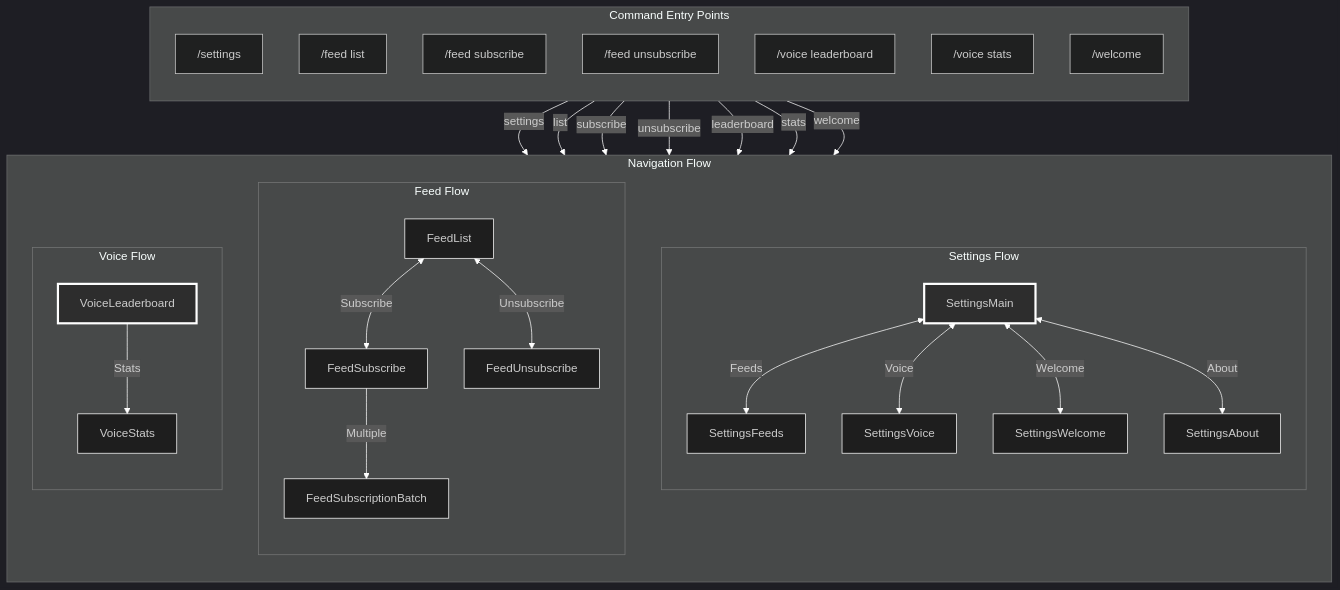
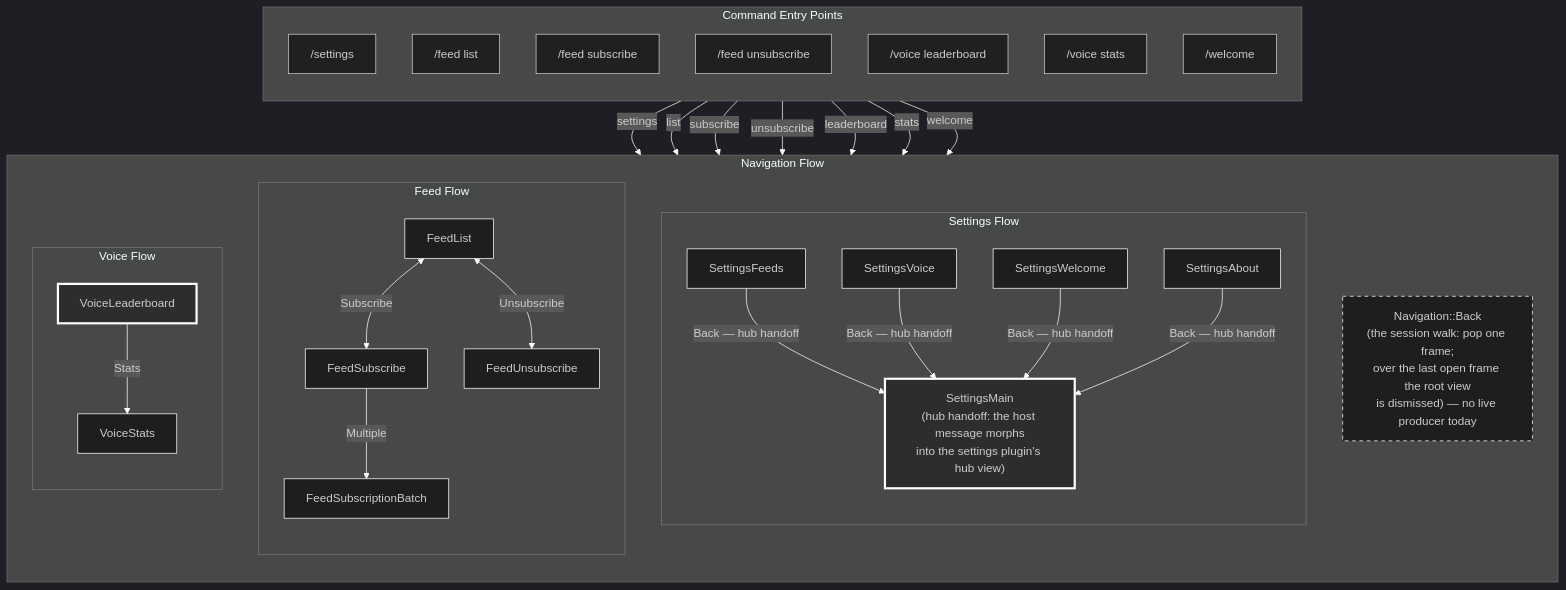
The diagram in docs/diagrams/view-routes.mmd (FAZuH/pwr-bot), drawn with Mermaid before and after one commit. The commit also changed 3 other files, not shown here.

First line of the commit message:
docs: record hub handoff and root dismissal semantics [skip ci]

```diff
--- a/docs/diagrams/view-routes.mmd
+++ b/docs/diagrams/view-routes.mmd
@@ -1,83 +1,86 @@
 %%{init: {
   'theme': 'dark',
   'themeVariables': {
     'primaryColor': '#1e1e1e',
     'primaryTextColor': '#ffffff',
     'primaryBorderColor': '#ffffff',
     'lineColor': '#ffffff',
     'secondaryColor': '#2d2d2d',
     'tertiaryColor': '#1e1e1e',
     'noteBkgColor': '#2d2d2d',
     'noteTextColor': '#ffffff',
     'noteBorderColor': '#ffffff'
   }
 }}%%
 graph TB
     subgraph Commands["Command Entry Points"]
         direction TB
         SettingsCmd["/settings"]
         FeedListCmd["/feed list"]
         FeedSubCmd["/feed subscribe"]
         FeedUnsubCmd["/feed unsubscribe"]
         VoiceLBCmd["/voice leaderboard"]
         VoiceStatsCmd["/voice stats"]
         WelcomeCmd["/welcome"]
     end
     
     subgraph Navigation["Navigation Flow"]
         direction TB
         
         subgraph SettingsFlow["Settings Flow"]
             direction TB
-            SettingsMain["SettingsMain"]
+            SettingsMain["SettingsMain<br/>(hub handoff: the host message morphs<br/>into the settings plugin's hub view)"]
             SettingsFeeds["SettingsFeeds"]
             SettingsVoice["SettingsVoice"]
             SettingsWelcome["SettingsWelcome"]
             SettingsAbout["SettingsAbout"]
-            
-            SettingsMain <-->|Feeds| SettingsFeeds
-            SettingsMain <-->|Voice| SettingsVoice
-            SettingsMain <-->|Welcome| SettingsWelcome
-            SettingsMain <-->|About| SettingsAbout
+
+            SettingsFeeds -->|"Back — hub handoff"| SettingsMain
+            SettingsVoice -->|"Back — hub handoff"| SettingsMain
+            SettingsWelcome -->|"Back — hub handoff"| SettingsMain
+            SettingsAbout -->|"Back — hub handoff"| SettingsMain
         end
         
         subgraph FeedFlow["Feed Flow"]
             direction TB
             FeedList["FeedList"]
             FeedSubscribe["FeedSubscribe"]
             FeedUnsubscribe["FeedUnsubscribe"]
             FeedBatch["FeedSubscriptionBatch"]
             
             FeedList <-->|Subscribe| FeedSubscribe
             FeedList <-->|Unsubscribe| FeedUnsubscribe
             FeedSubscribe -->|Multiple| FeedBatch
         end
         
         subgraph VoiceFlow["Voice Flow"]
             direction TB
             VoiceLeaderboard["VoiceLeaderboard"]
             VoiceStats["VoiceStats"]
             
             VoiceLeaderboard -->|Stats| VoiceStats
         end
+
+        Back["Navigation::Back<br/>(the session walk: pop one frame;<br/>over the last open frame the root view<br/>is dismissed) — no live producer today"]
     end
     
     Commands -->|settings| SettingsMain
     Commands -->|list| FeedList
     Commands -->|subscribe| FeedSubscribe
     Commands -->|unsubscribe| FeedUnsubscribe
     Commands -->|leaderboard| VoiceLeaderboard
     Commands -->|stats| VoiceStats
     Commands -->|welcome| SettingsWelcome
     
     style SettingsMain fill:#2d2d2d,stroke:#ffffff,stroke-width:3px
     style SettingsFeeds fill:#1e1e1e,stroke:#ffffff
     style SettingsVoice fill:#1e1e1e,stroke:#ffffff
     style SettingsWelcome fill:#1e1e1e,stroke:#ffffff
     style SettingsAbout fill:#1e1e1e,stroke:#ffffff
     style FeedList fill:#1e1e1e,stroke:#ffffff
     style FeedSubscribe fill:#1e1e1e,stroke:#ffffff
     style FeedUnsubscribe fill:#1e1e1e,stroke:#ffffff
     style FeedBatch fill:#1e1e1e,stroke:#ffffff
     style VoiceLeaderboard fill:#2d2d2d,stroke:#ffffff,stroke-width:3px
     style VoiceStats fill:#1e1e1e,stroke:#ffffff
+    style Back fill:#1e1e1e,stroke:#ffffff,stroke-dasharray: 5 5
```
